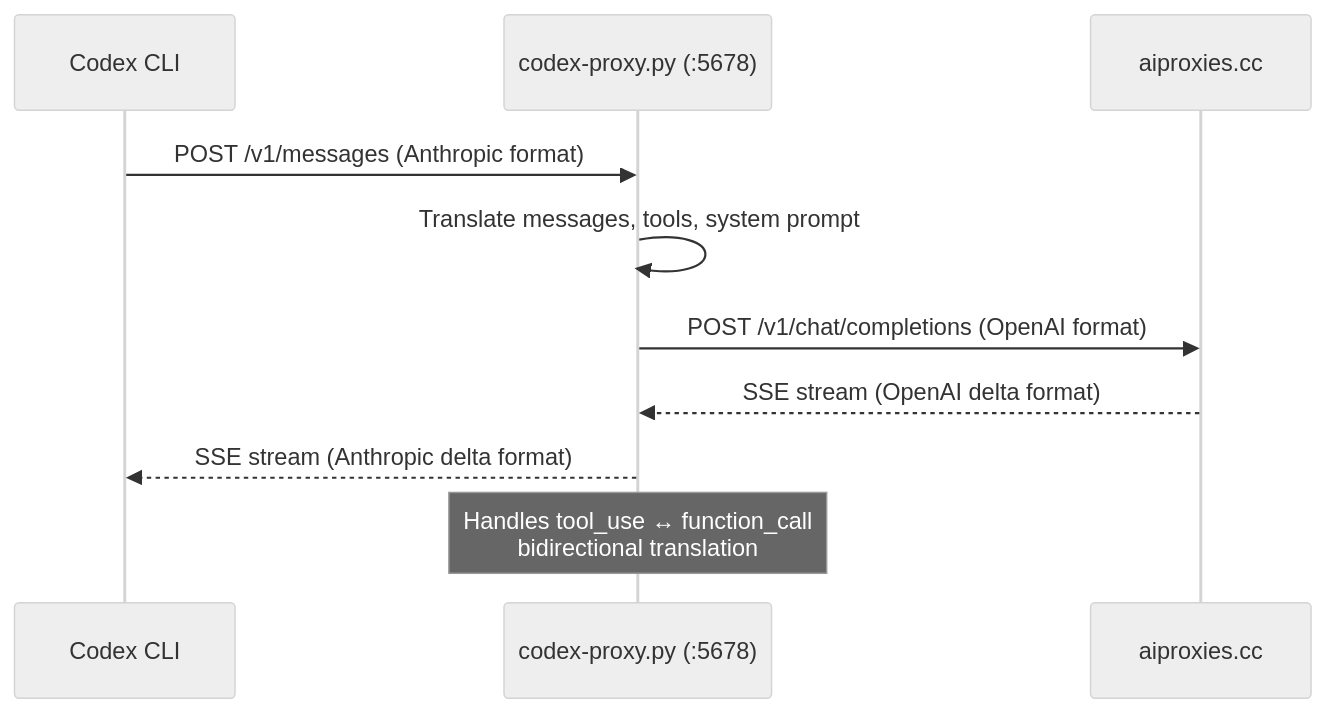
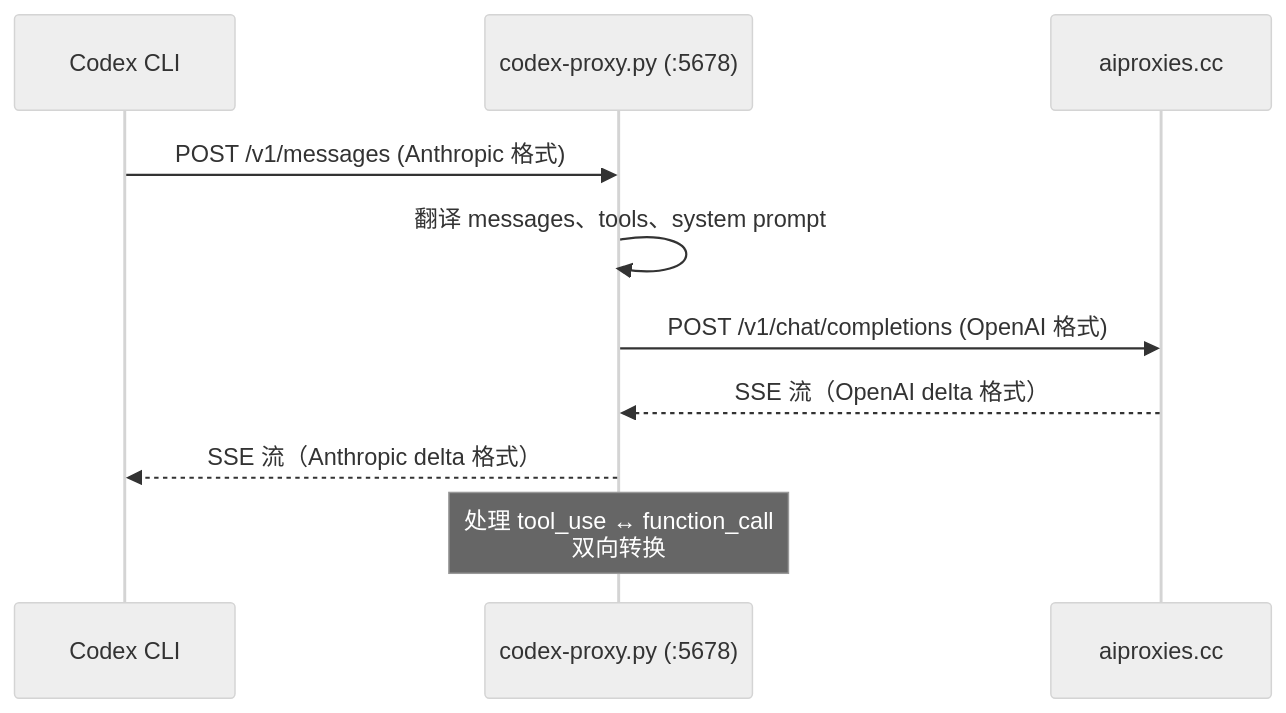
Before and after one commit to cheer932041235/api-gateway: the third of 3 diagrams in README.md, drawn with Mermaid (neutral theme). The commit also changed other lines of this file, not shown here.

````diff
--- a/README.md
+++ b/README.md
@@ -248,14 +249,14 @@
 ```mermaid
 sequenceDiagram
     participant CX as Codex CLI
     participant PX as codex-proxy.py (:5678)
     participant AI as aiproxies.cc
 
-    CX->>PX: POST /v1/messages (Anthropic format)
-    PX->>PX: Translate messages, tools, system prompt
-    PX->>AI: POST /v1/chat/completions (OpenAI format)
-    AI-->>PX: SSE stream (OpenAI delta format)
-    PX-->>CX: SSE stream (Anthropic delta format)
+    CX->>PX: POST /v1/messages (Anthropic 格式)
+    PX->>PX: 翻译 messages、tools、system prompt
+    PX->>AI: POST /v1/chat/completions (OpenAI 格式)
+    AI-->>PX: SSE 流（OpenAI delta 格式）
+    PX-->>CX: SSE 流（Anthropic delta 格式）
     
-    Note over PX: Handles tool_use ↔ function_call<br/>bidirectional translation
+    Note over PX: 处理 tool_use ↔ function_call<br/>双向转换
 ```
````
